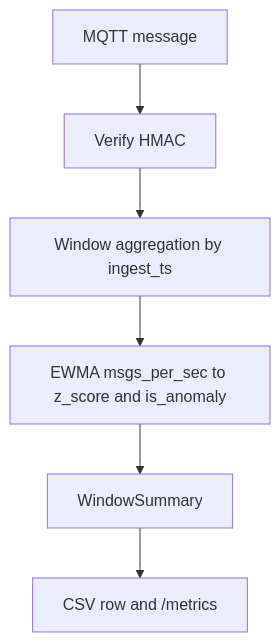
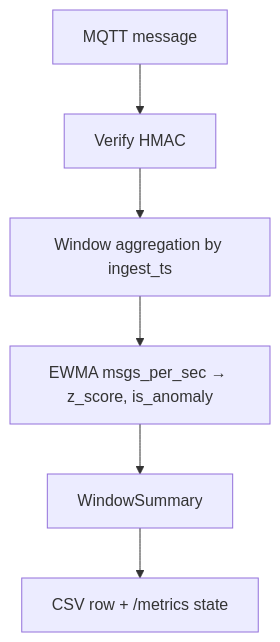
The third of 3 diagrams in docs/ARCHITECTURE.md (stuchain/iot-oracle-gateway), drawn with Mermaid before and after one commit. The commit also changed other lines of this file and 1 other file, not shown here.

Commit message:
docs: update ARCHITECTURE and README

````diff
--- a/docs/ARCHITECTURE.md
+++ b/docs/ARCHITECTURE.md
@@ -32,10 +75,10 @@
 ```mermaid
 flowchart TD
   M[MQTT message]
   V["Verify HMAC"]
   WA["Window aggregation by ingest_ts"]
-  EW["EWMA msgs_per_sec to z_score and is_anomaly"]
+  EW["EWMA msgs_per_sec → z_score, is_anomaly"]
   WS[WindowSummary]
-  P["CSV row and /metrics"]
+  P["CSV row + /metrics state"]
   M --> V --> WA --> EW --> WS --> P
 ```
````
